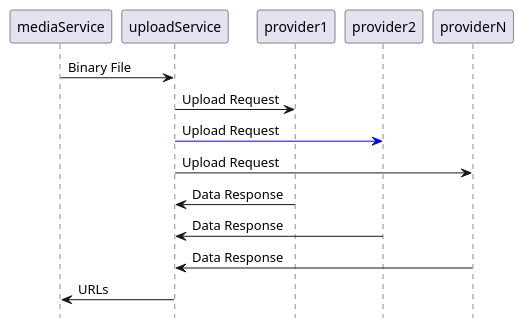
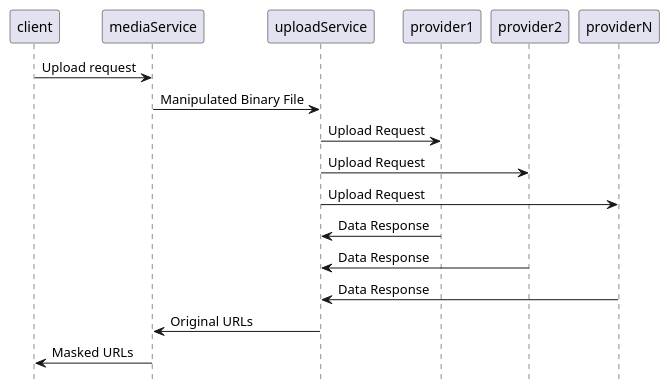
Before and after one commit to saifaldin/diagrams: the diagram in upload.toMultiple.sequenceDiagram.plantuml, drawn with PlantUML. The commit also changed 4 other files, not shown here.

Commit message:
finish initial diagrams - start openAPI definitions

```diff
--- a/upload.toMultiple.sequenceDiagram.plantuml
+++ b/upload.toMultiple.sequenceDiagram.plantuml
@@ -1,20 +1,22 @@
 @startuml
 hide footbox
 
+participant client
 participant mediaService
 participant uploadService
 participant provider1
 participant provider2
 participant providerN
 
-mediaService -> uploadService : Binary File
+client -> mediaService : Upload request
+mediaService -> uploadService : Manipulated Binary File
 uploadService -> provider1: Upload Request
-uploadService [#Blue]-> provider2: Upload Request
+uploadService -> provider2: Upload Request
 uploadService -> providerN: Upload Request
 
 provider1 -> uploadService : Data Response
 provider2 -> uploadService : Data Response
 providerN -> uploadService : Data Response
-
-uploadService -> mediaService : URLs
+uploadService -> mediaService : Original URLs
+mediaService -> client : Masked URLs
 @enduml
```
